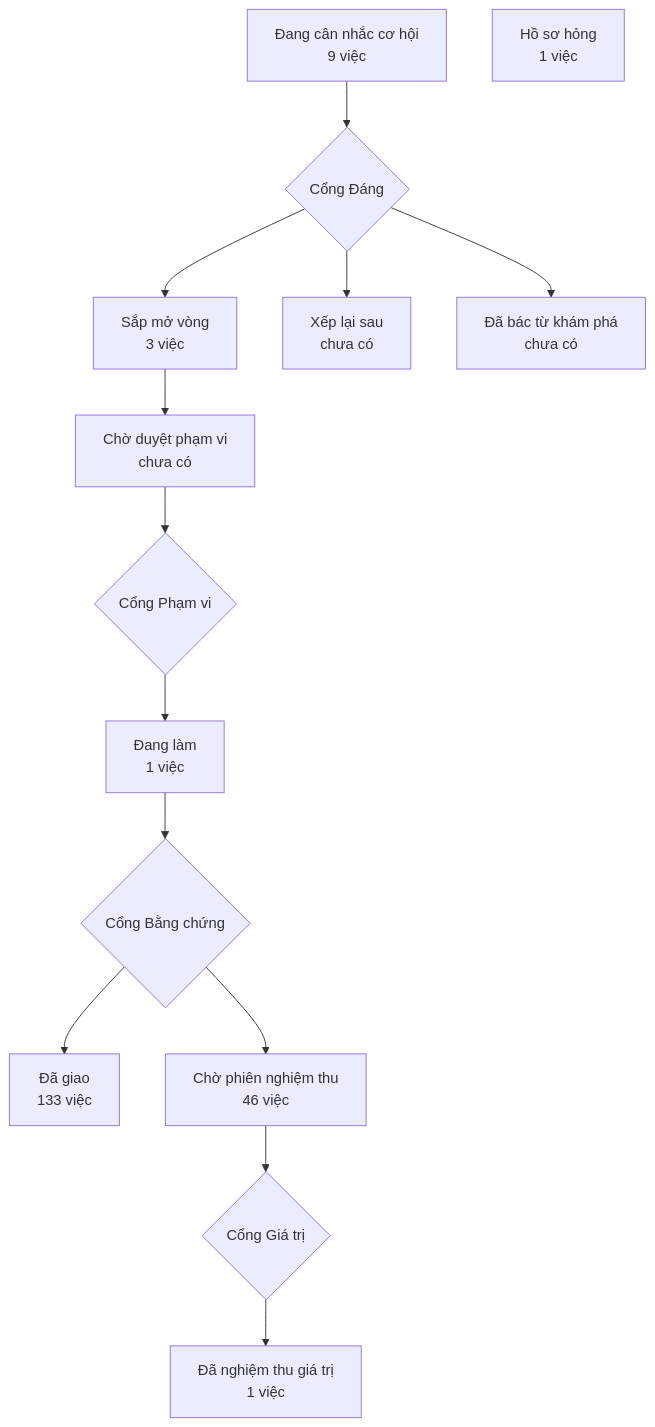
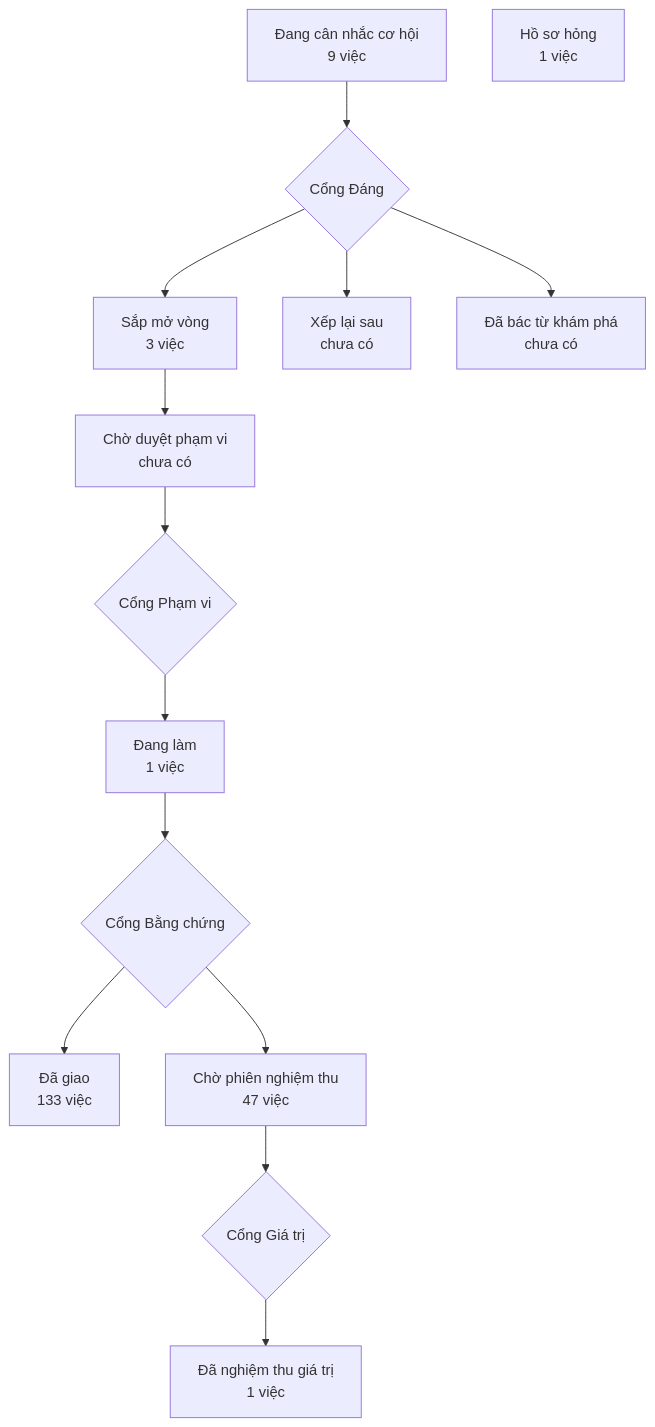
Before and after one commit to phanlemanh/crm-onehub: the diagram in PRODUCT-MAP.md, drawn with Mermaid. The commit also changed 1 other file, not shown here.

Commit message:
docs: vẽ lại bản đồ sau khi gộp onehub và ghim lại

````diff
--- a/PRODUCT-MAP.md
+++ b/PRODUCT-MAP.md
@@ -7,13 +7,13 @@
 ```mermaid
 flowchart TD
   A["Đang cân nhắc cơ hội<br/>9 việc"] --> GD{"Cổng Đáng"}
   GD --> B["Sắp mở vòng<br/>3 việc"]
   GD --> XL["Xếp lại sau<br/>chưa có"]
   GD --> DB["Đã bác từ khám phá<br/>chưa có"]
   B --> CD["Chờ duyệt phạm vi<br/>chưa có"] --> GP{"Cổng Phạm vi"}
   GP --> DL["Đang làm<br/>1 việc"] --> GB{"Cổng Bằng chứng"}
   GB --> DG["Đã giao<br/>133 việc"]
-  GB --> CN["Chờ phiên nghiệm thu<br/>46 việc"] --> GG{"Cổng Giá trị"}
+  GB --> CN["Chờ phiên nghiệm thu<br/>47 việc"] --> GG{"Cổng Giá trị"}
   GG --> NT["Đã nghiệm thu giá trị<br/>1 việc"]
   HS["Hồ sơ hỏng<br/>1 việc"]
 ```
````
